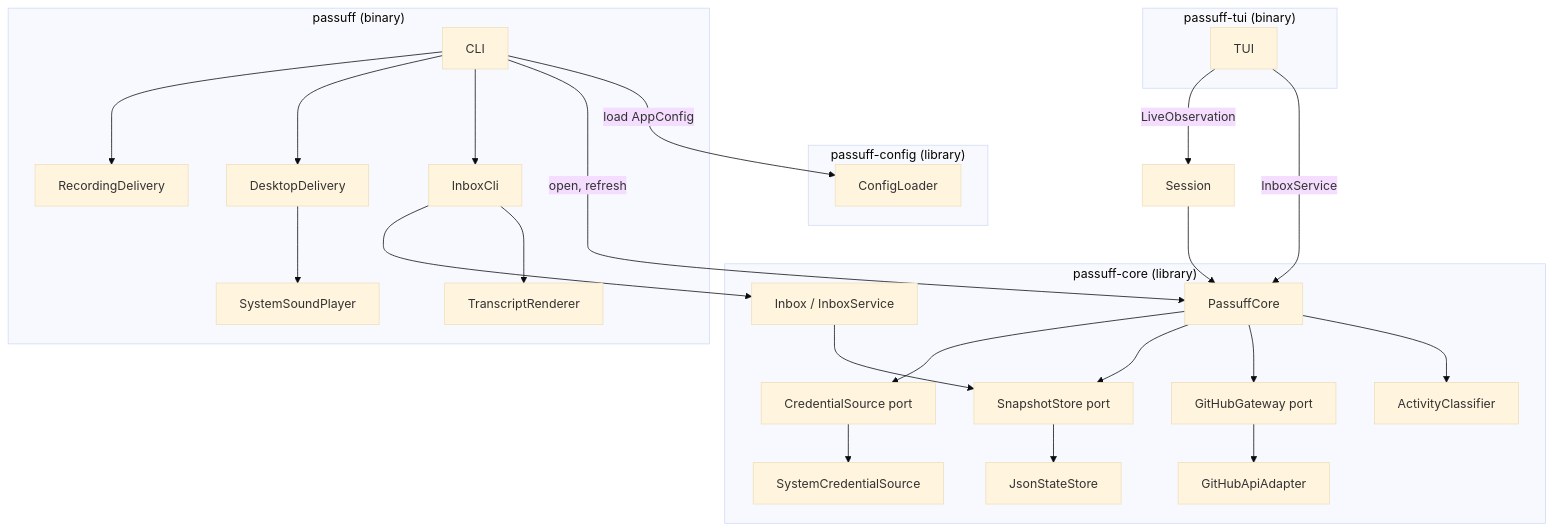
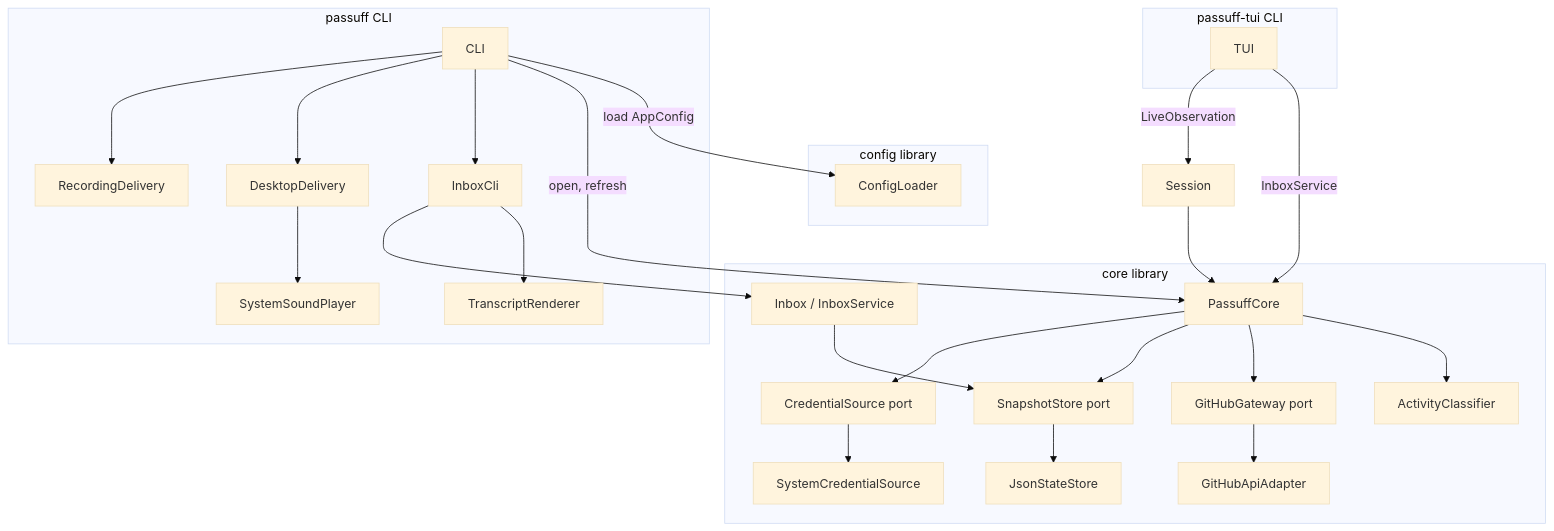
One commit to buster/passuff changed the diagram in docs/arc42/05-building-block-view.md. Above: the diagram before and after it, drawn with Mermaid (base theme). The commit also changed other lines of this file and 439 other files, not shown here.

````diff
--- a/docs/arc42/05-building-block-view.md
+++ b/docs/arc42/05-building-block-view.md
@@ -5,51 +5,51 @@
 ```mermaid
 flowchart TB
-    subgraph configBoundary["passuff-config (library)"]
+    subgraph configBoundary["config library"]
         Config["ConfigLoader"]
     end
 
-    subgraph coreBoundary["passuff-core (library)"]
+    subgraph coreBoundary["core library"]
         Core["PassuffCore"]
         Classifier["ActivityClassifier"]
         GitHubPort["GitHubGateway port"]
         GitHubAdapter["GitHubApiAdapter"]
         StatePort["SnapshotStore port"]
         JsonStore["JsonStateStore"]
         CredentialPort["CredentialSource port"]
         Credential["SystemCredentialSource"]
         Inbox["Inbox / InboxService"]
     end
 
-    subgraph cliBoundary["passuff (binary)"]
+    subgraph cliBoundary["passuff CLI"]
         CLI["CLI"]
         InboxCli["InboxCli"]
         Renderer["TranscriptRenderer"]
         Delivery["DesktopDelivery"]
         Record["RecordingDelivery"]
         Sound["SystemSoundPlayer"]
     end
 
-    subgraph tuiBoundary["passuff-tui (binary)"]
+    subgraph tuiBoundary["passuff-tui CLI"]
         TUI["TUI"]
     end
 
     CLI -->|load AppConfig| Config
     CLI -->|open, refresh| Core
     CLI --> InboxCli
     InboxCli --> Renderer
     InboxCli --> Inbox
     Inbox --> StatePort
     CLI --> Delivery
     CLI --> Record
     Delivery --> Sound
     Core --> Classifier
     Core --> GitHubPort
     GitHubPort --> GitHubAdapter
     Core --> StatePort
     StatePort --> JsonStore
     Core --> CredentialPort
     CredentialPort --> Credential
     TUI -->|InboxService| Core
     TUI -->|LiveObservation| Session
     Session --> Core
 ```
````
